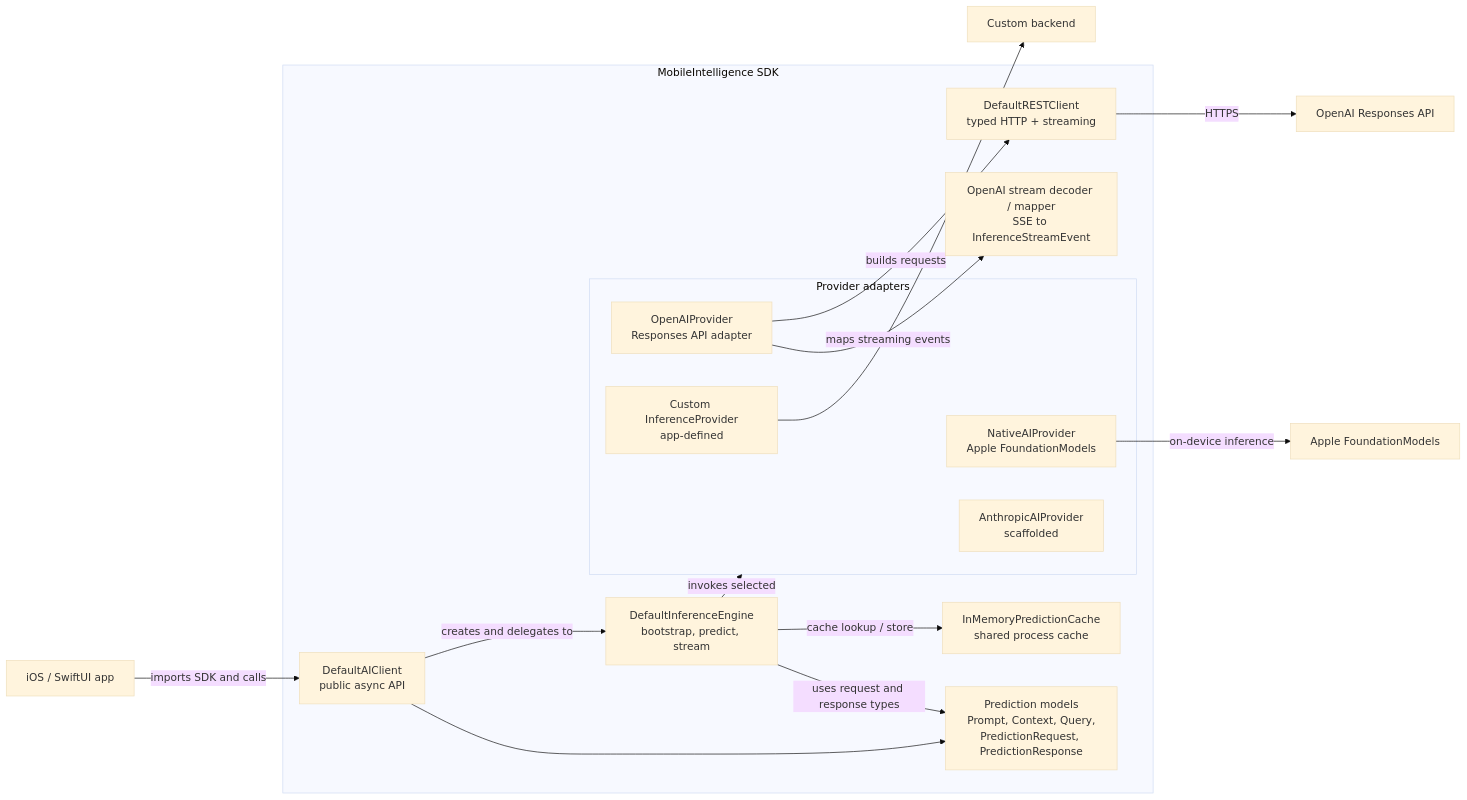
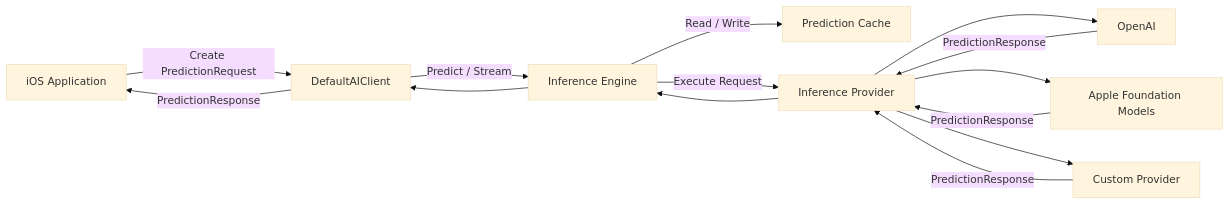
The first of 2 diagrams in README.md (Conficle/MobileIntelligence), drawn with Mermaid (base theme) before and after one commit. The commit also changed other lines of this file, not shown here.

Commit message:
Updated readme to add diagrams

````diff
--- a/README.md
+++ b/README.md
@@ -94,38 +115,26 @@
 ```mermaid
 flowchart LR
-    app["iOS / SwiftUI app"]
+    App["iOS Application"]
+    Client["DefaultAIClient"]
+    Engine["Inference Engine"]
+    Cache["Prediction Cache"]
+    Provider["Inference Provider"]
+    OpenAI["OpenAI"]
+    Apple["Apple Foundation Models"]
+    Custom["Custom Provider"]
+    App -->|"Create PredictionRequest"| Client
+    Client -->|"Predict / Stream"| Engine
+    Engine -->|"Read / Write"| Cache
+    Engine -->|"Execute Request"| Provider
+    Provider --> OpenAI
+    Provider --> Apple
+    Provider --> Custom
 
-    subgraph sdk["MobileIntelligence SDK"]
-        client["DefaultAIClient<br/>public async API"]
-        engine["DefaultInferenceEngine<br/>bootstrap, predict, stream"]
-        cache["InMemoryPredictionCache<br/>shared process cache"]
-        models["Prediction models<br/>Prompt, Context, Query,<br/>PredictionRequest, PredictionResponse"]
+    OpenAI -->|"PredictionResponse"| Provider
+    Apple -->|"PredictionResponse"| Provider
+    Custom -->|"PredictionResponse"| Provider
 
-        subgraph providers["Provider adapters"]
-            native["NativeAIProvider<br/>Apple FoundationModels"]
-            openaiProvider["OpenAIProvider<br/>Responses API adapter"]
-            anthropic["AnthropicAIProvider<br/>scaffolded"]
-            custom["Custom InferenceProvider<br/>app-defined"]
-        end
-
-        rest["DefaultRESTClient<br/>typed HTTP + streaming"]
-        streaming["OpenAI stream decoder / mapper<br/>SSE to InferenceStreamEvent"]
-    end
-
-    foundation["Apple FoundationModels"]
-    openai["OpenAI Responses API"]
-    backend["Custom backend"]
-
-    app -->|"imports SDK and calls"| client
-    client -->|"creates and delegates to"| engine
-    client --> models
-    engine -->|"cache lookup / store"| cache
-    engine -->|"uses request and response types"| models
-    engine -->|"invokes selected"| providers
-
-    native -->|"on-device inference"| foundation
-    openaiProvider -->|"builds requests"| rest
-    openaiProvider -->|"maps streaming events"| streaming
-    rest -->|"HTTPS"| openai
-    custom --> backend
+    Provider --> Engine
+    Engine --> Client
+    Client -->|"PredictionResponse"| App
 ```
````
